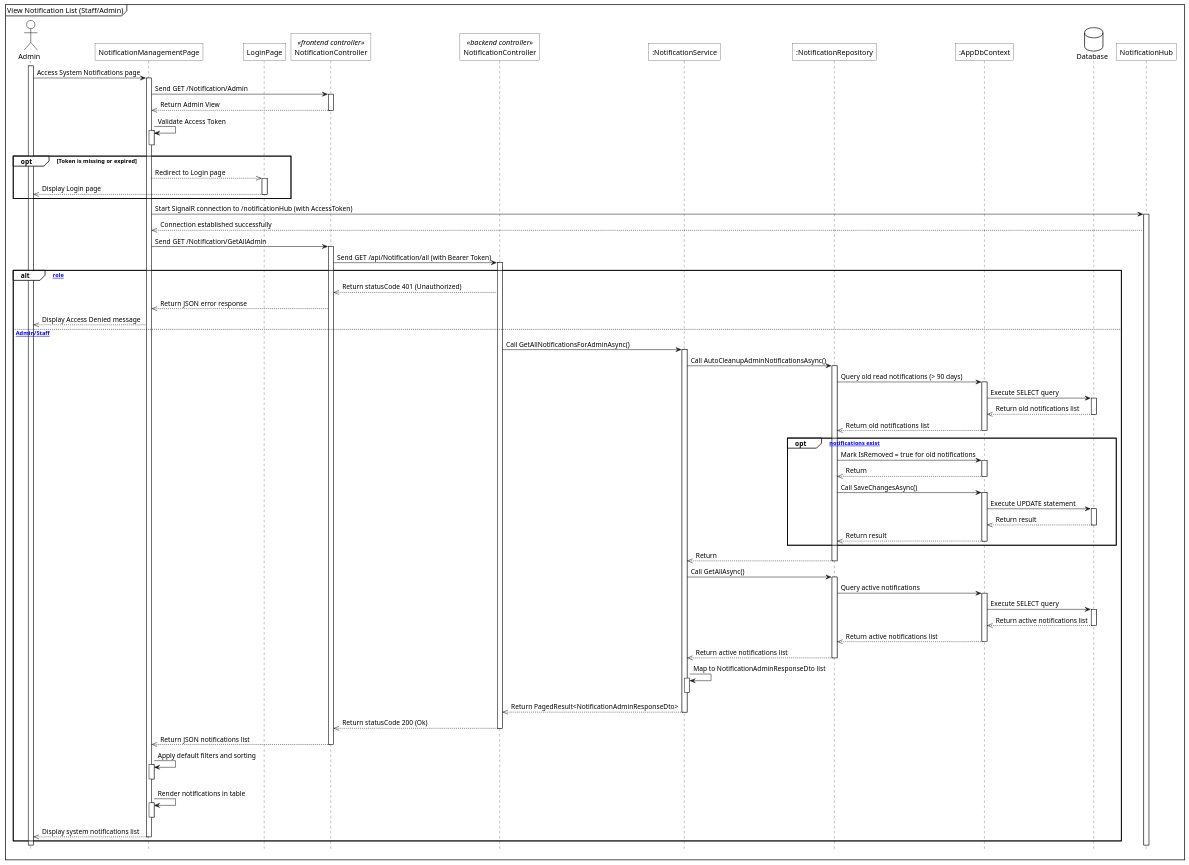
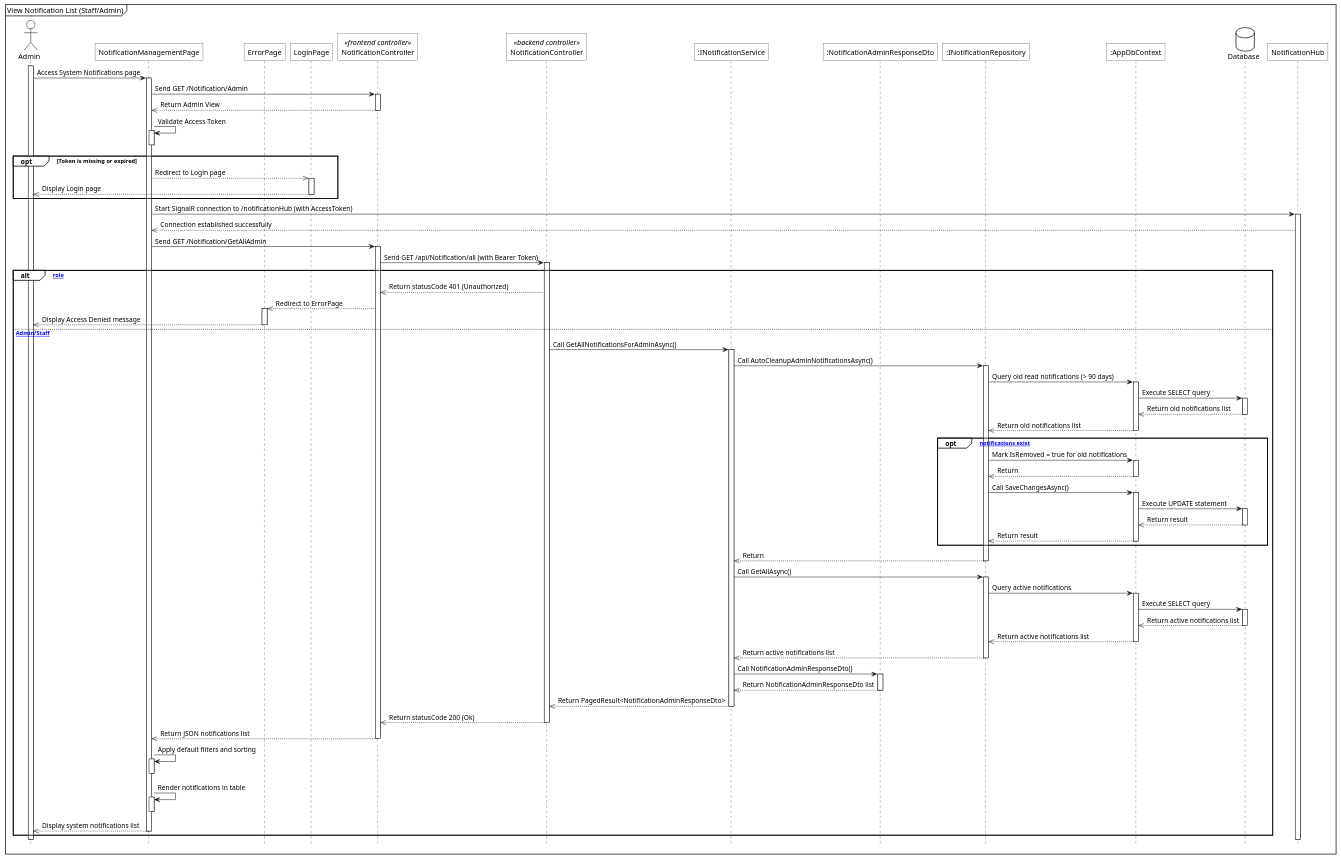
Before and after one commit to 1000do/Linked: the diagram in diagrams/sequence/notification/sq_view_notification_list_admin.plantuml, drawn with PlantUML. The commit also changed 24 other files, not shown here.

Commit message:
feat: generate sequence diagrams for system features and implement a migration script to standardize diagram naming and error handling patterns

```diff
--- a/diagrams/sequence/notification/sq_view_notification_list_admin.plantuml
+++ b/diagrams/sequence/notification/sq_view_notification_list_admin.plantuml
@@ -1,105 +1,108 @@
 @startuml
 <style>
     sequenceDiagram{
         actor{
             BackgroundColor white
             LineThickness 1.0
         }
         participant{
             BackgroundColor white
             RoundCorner 0
         }
         database{
             BackgroundColor white
         }
         groupHeader{
             BackgroundColor white
         }
         referenceHeader{
             BackgroundColor white
         }
         reference{
             BackgroundColor white
         }
     }
 </style>
 
 hide footbox
 
 mainframe View Notification List (Staff/Admin)
 
 actor Admin as act
 participant "NotificationManagementPage" as view
+participant "ErrorPage" as error_page
 participant "LoginPage" as login_view
 participant "NotificationController" as fe_ctrl <<frontend controller>>
 participant "NotificationController" as be_ctrl <<backend controller>>
-participant ":NotificationService" as sv
-participant ":NotificationRepository" as repo
+participant ":INotificationService" as sv
+participant ":NotificationAdminResponseDto" as notif_admin_dto
+participant ":INotificationRepository" as repo
 participant ":AppDbContext" as ctx
 database Database as db
 participant "NotificationHub" as hub
 
 act++
 act->view++: Access System Notifications page
 view->fe_ctrl++: Send GET /Notification/Admin
 fe_ctrl-->>view--: Return Admin View
 
 view->view++: Validate Access Token
 view--
 group opt [Token is missing or expired]
     view -->> login_view: Redirect to Login page
     activate login_view
     login_view -->> act: Display Login page
     deactivate login_view
 end
 
 view->hub++: Start SignalR connection to /notificationHub (with AccessToken)
 hub-->>view: Connection established successfully
 
 view->fe_ctrl++: Send GET /Notification/GetAllAdmin
 fe_ctrl->be_ctrl++: Send GET /api/Notification/all (with Bearer Token)
 
 alt [Unauthorized role]
     be_ctrl-->>fe_ctrl: Return statusCode 401 (Unauthorized)
-    fe_ctrl-->>view: Return JSON error response
-    view-->>act: Display Access Denied message
+    fe_ctrl-->>error_page++: Redirect to ErrorPage
+    error_page-->>act--: Display Access Denied message
 else [Authorized Admin/Staff]
     be_ctrl->sv++: Call GetAllNotificationsForAdminAsync()
     
     sv->repo++: Call AutoCleanupAdminNotificationsAsync()
     repo->ctx++: Query old read notifications (> 90 days)
     ctx->db++: Execute SELECT query
     db-->>ctx--: Return old notifications list
     ctx-->>repo--: Return old notifications list
     
     opt [Old notifications exist]
         repo->ctx++: Mark IsRemoved = true for old notifications
         ctx-->>repo--: Return
         repo->ctx++: Call SaveChangesAsync()
         ctx->db++: Execute UPDATE statement
         db-->>ctx--: Return result
         ctx-->>repo--: Return result
     end
     repo-->>sv--: Return
     
     sv->repo++: Call GetAllAsync()
     repo->ctx++: Query active notifications
     ctx->db++: Execute SELECT query
     db-->>ctx--: Return active notifications list
     ctx-->>repo--: Return active notifications list
     repo-->>sv--: Return active notifications list
     
-    sv->sv++: Map to NotificationAdminResponseDto list
-    sv--
+    sv->notif_admin_dto++: Call NotificationAdminResponseDto()
+    
+    notif_admin_dto-->>sv--: Return NotificationAdminResponseDto list
     sv-->>be_ctrl--: Return PagedResult<NotificationAdminResponseDto>
     be_ctrl-->>fe_ctrl--: Return statusCode 200 (Ok)
     fe_ctrl-->>view--: Return JSON notifications list
     
     view->view++: Apply default filters and sorting
     view--
     view->view++: Render notifications in table
     view--
     view-->>act--: Display system notifications list
 end
 
 @enduml
```
